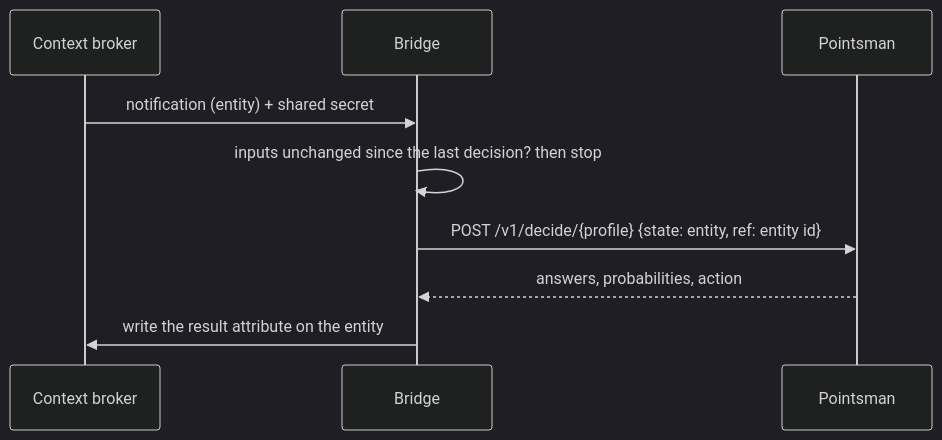
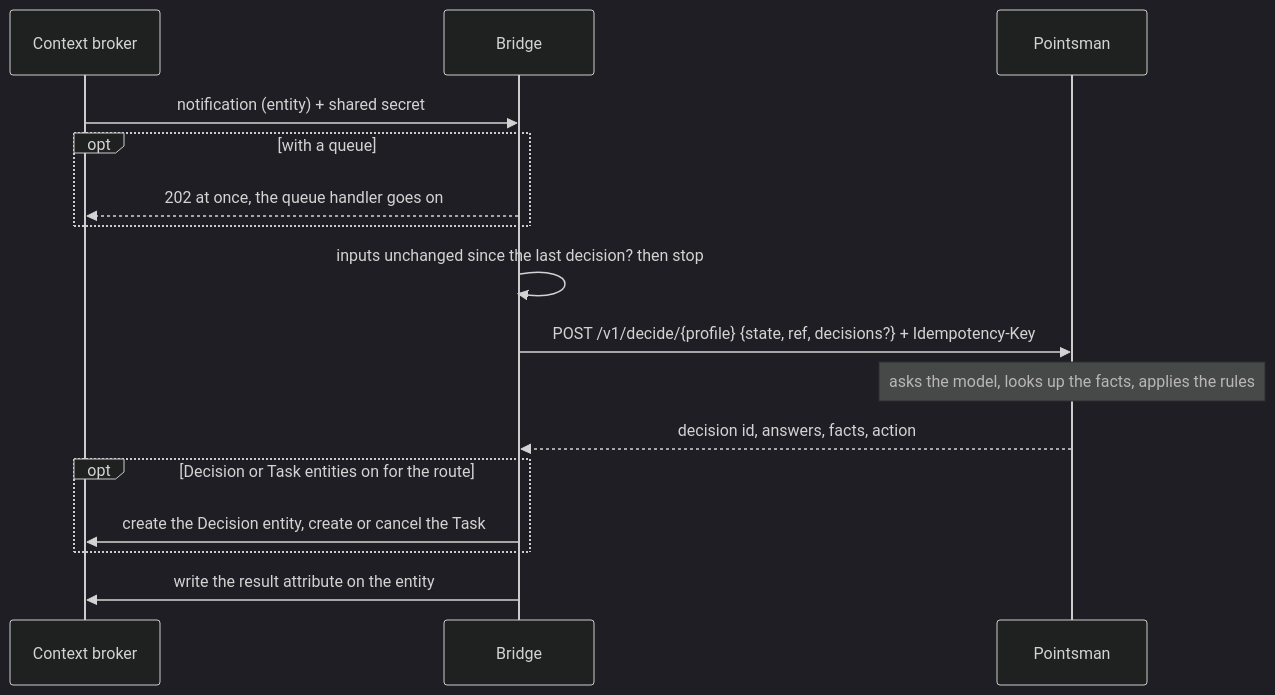
The diagram in bridge/README.md (geolonia/pointsman), drawn with Mermaid (dark theme) before and after one commit. The commit also changed other lines of this file and 1 other file, not shown here.

First line of the commit message:
docs: one How-it-runs diagram for the demo, current facts (#116)

````diff
--- a/bridge/README.md
+++ b/bridge/README.md
@@ -51,11 +53,18 @@
 ```mermaid
 sequenceDiagram
   participant Broker as Context broker
   participant Bridge
   participant P as Pointsman
   Broker->>Bridge: notification (entity) + shared secret
+  opt with a queue
+    Bridge-->>Broker: 202 at once, the queue handler goes on
+  end
   Bridge->>Bridge: inputs unchanged since the last decision? then stop
-  Bridge->>P: POST /v1/decide/{profile} {state: entity, ref: entity id}
-  P-->>Bridge: answers, probabilities, action
+  Bridge->>P: POST /v1/decide/{profile} {state, ref, decisions?} + Idempotency-Key
+  Note over P: asks the model, looks up the facts, applies the rules
+  P-->>Bridge: decision id, answers, facts, action
+  opt Decision or Task entities on for the route
+    Bridge->>Broker: create the Decision entity, create or cancel the Task
+  end
   Bridge->>Broker: write the result attribute on the entity
 ```
````
